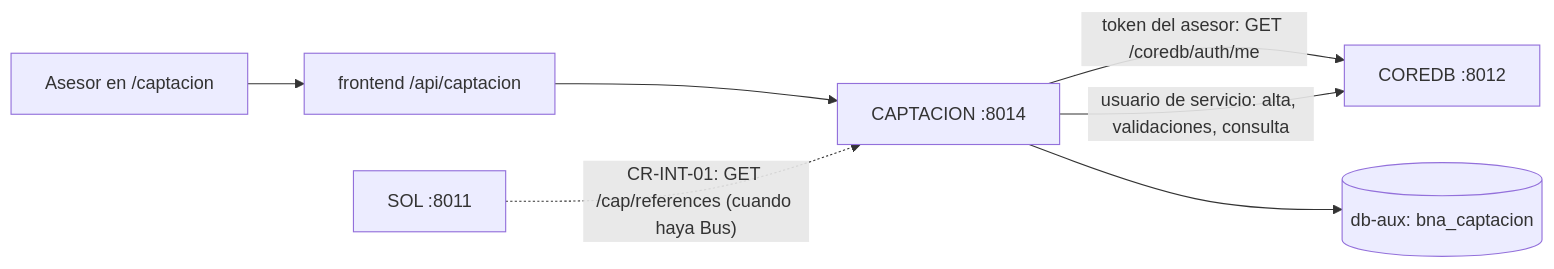
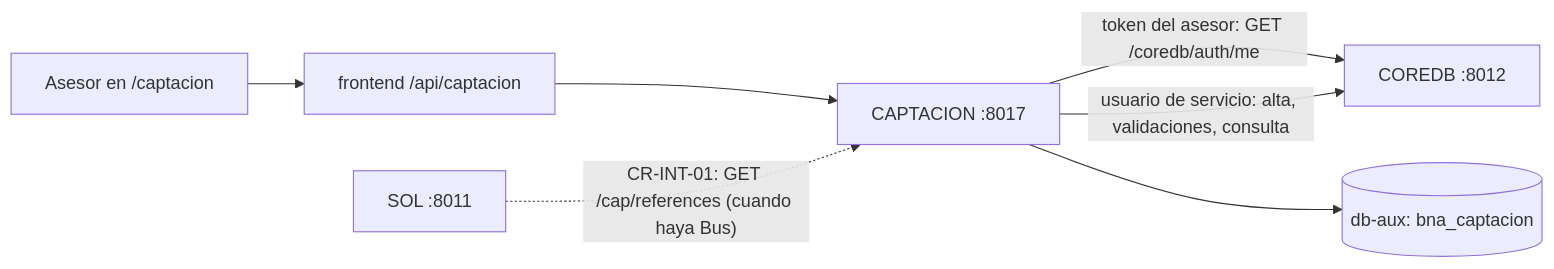
One commit to SantiagoCusirramos/Banco_Nacional_Arequipa changed the diagram in backend/CAPTACION/README.md. Above: the diagram before and after it, drawn with Mermaid. The commit also changed other lines of this file and 10 other files, not shown here.

````diff
--- a/backend/CAPTACION/README.md
+++ b/backend/CAPTACION/README.md
@@ -19,8 +19,8 @@
 ```mermaid
 flowchart LR
-  ase["Asesor en /captacion"] --> fe["frontend /api/captacion"] --> cap["CAPTACION :8014"]
+  ase["Asesor en /captacion"] --> fe["frontend /api/captacion"] --> cap["CAPTACION :8017"]
   cap -->|"token del asesor: GET /coredb/auth/me"| coredb["COREDB :8012"]
   cap -->|"usuario de servicio: alta, validaciones, consulta"| coredb
   cap --> aux[("db-aux: bna_captacion")]
   sol["SOL :8011"] -.->|"CR-INT-01: GET /cap/references (cuando haya Bus)"| cap
 ```
````
